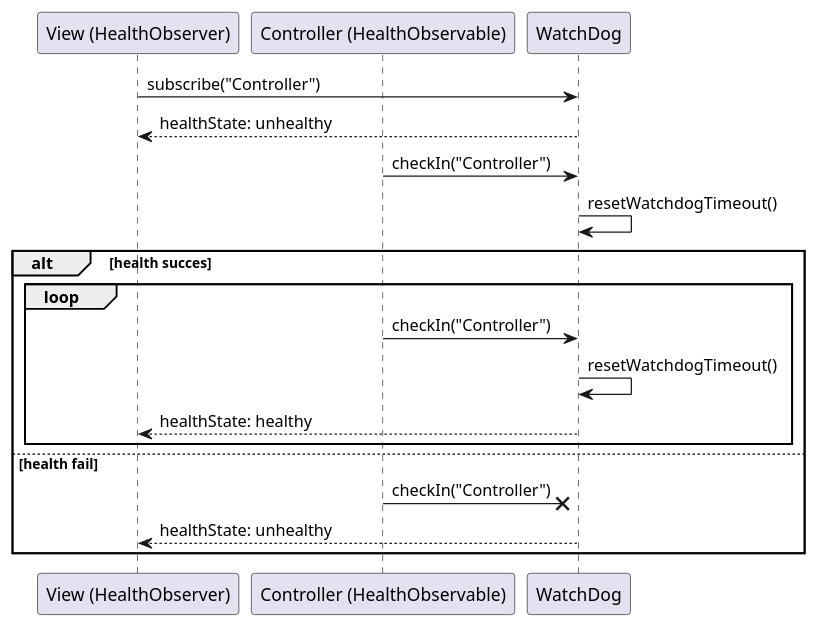
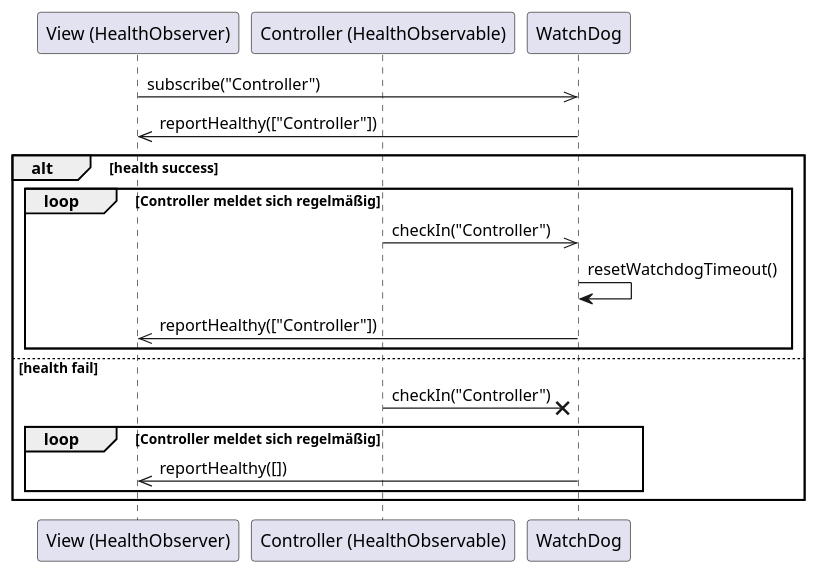
Before and after one commit to DavidDao1997/VS_Praktikum-2025-SoSe: the second of 2 diagrams in Docs/Application/diagrams/Watchdog260625.plantuml, drawn with PlantUML. The commit also changed other lines of this file and 12 other files, not shown here.

```diff
--- a/Docs/Application/diagrams/Watchdog260625.plantuml
+++ b/Docs/Application/diagrams/Watchdog260625.plantuml
@@ -1,26 +39,31 @@
 @startuml
 participant "View (HealthObserver)" as V
 participant "Controller (HealthObservable)" as C
 participant WatchDog as W
 
-V -> W: subscribe("Controller")
-W --> V: healthState: unhealthy
-C -> W: checkIn("Controller")
-W -> W: resetWatchdogTimeout()
+' View abonniert Controller (asynchron sinnvoll)
+V ->> W: subscribe("Controller")
 
-alt health succes
+' View fragt den aktuellen Health-Status aktiv ab
+W ->> V: reportHealthy(["Controller"])
 
-loop
-  C -> W: checkIn("Controller")
+alt health success
+
+loop Controller meldet sich regelmäßig
+  C ->> W: checkIn("Controller")
   W -> W: resetWatchdogTimeout()
-  W --> V: healthState: healthy
 
+  ' View fragt regelmäßig den Health-Status ab
+  W ->> V: reportHealthy(["Controller"])
 end
 
 else health fail
- 
-C -x W: checkIn("Controller")
-W --> V: healthState: unhealthy
 
+  ' Check-In schlägt fehl
+  C -x W: checkIn("Controller")
+ loop Controller meldet sich regelmäßig
+  ' View fragt erneut den Health-Status ab
+  W ->> V: reportHealthy([])
+ end
 end
 @enduml
```
